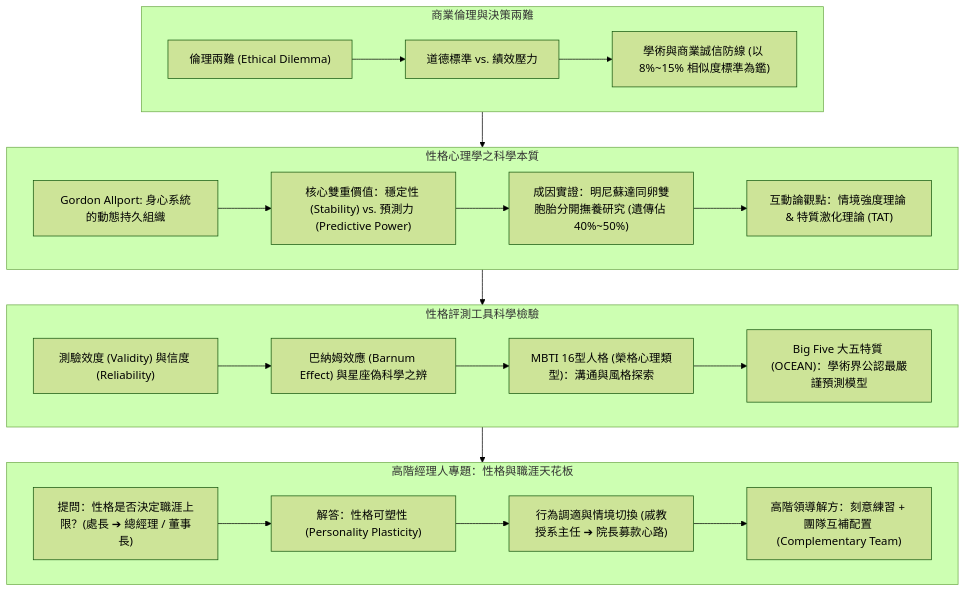
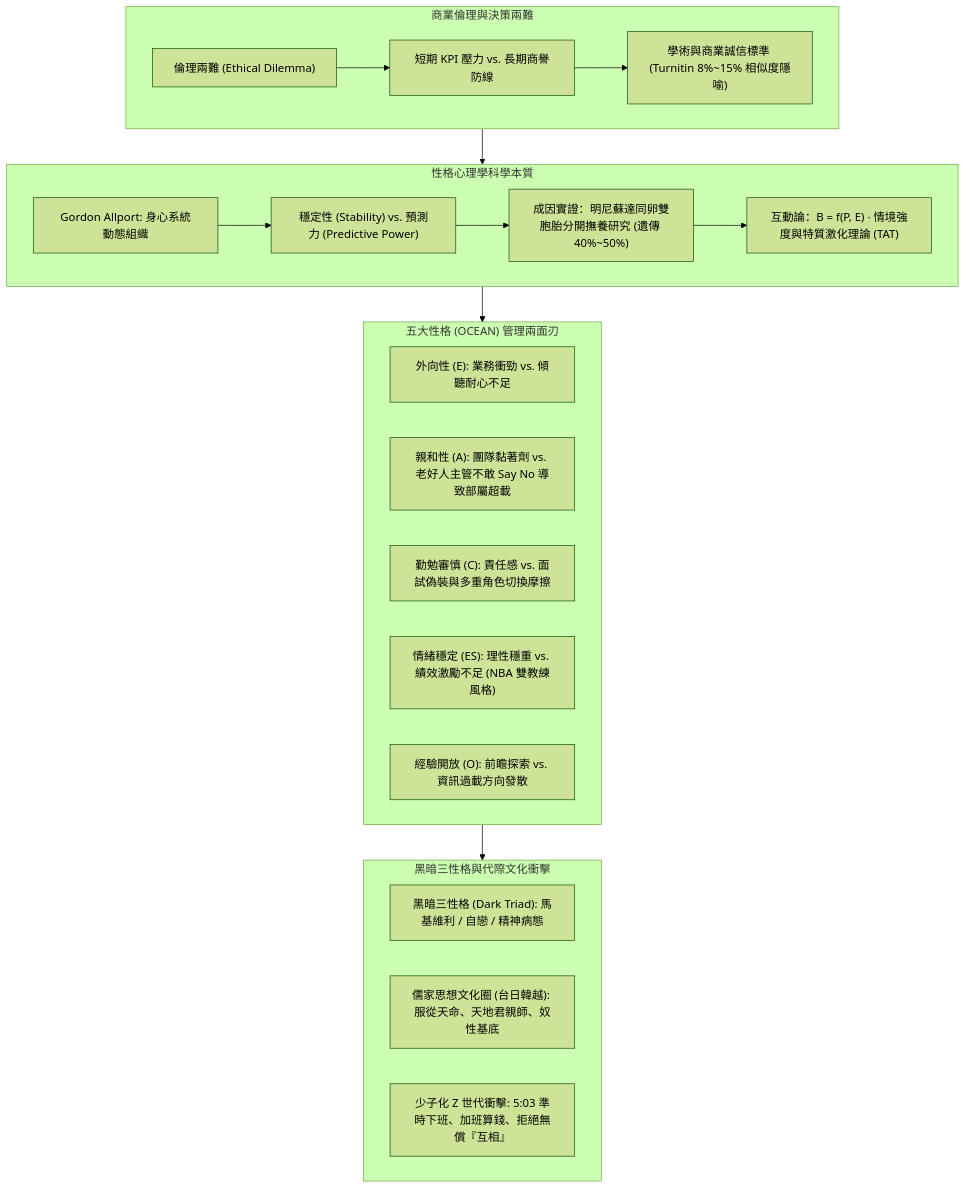
Before and after one commit to Jimlin0428/my-digital-garden: the diagram in src/site/notes/02_核心必修/03_組織行為/02_模組筆記/Module_1_個體行為與心理機制/M1-2_商業倫理決策與性格特質模型.md, drawn with Mermaid (forest theme). The commit also changed other lines of this file and 53 other files, not shown here.

````diff
--- a/src/site/notes/02_核心必修/03_組織行為/02_模組筆記/Module_1_個體行為與心理機制/M1-2_商業倫理決策與性格特質模型.md
+++ b/src/site/notes/02_核心必修/03_組織行為/02_模組筆記/Module_1_個體行為與心理機制/M1-2_商業倫理決策與性格特質模型.md
@@ -16,30 +18,31 @@
 ```mermaid
 flowchart TD
-    subgraph Ethics_Decision["商業倫理與決策兩難"]
-        E1["倫理兩難 (Ethical Dilemma)"] --> E2["道德標準 vs. 績效壓力"]
-        E2 --> E3["學術與商業誠信防線 (以 8%~15% 相似度標準為鑑)"]
-    end
+  subgraph Ethics_Layer["商業倫理與決策兩難"]
+    E1["倫理兩難 (Ethical Dilemma)"] --> E2["短期 KPI 壓力 vs. 長期商譽防線"]
+    E2 --> E3["學術與商業誠信標準 (Turnitin 8%~15% 相似度隱喻)"]
+  end
 
-    subgraph Personality_Core["性格心理學之科學本質"]
-        P1["Gordon Allport: 身心系統的動態持久組織"] --> P2["核心雙重價值：穩定性 (Stability) vs. 預測力 (Predictive Power)"]
-        P2 --> P3["成因實證：明尼蘇達同卵雙胞胎分開撫養研究 (遺傳佔 40%~50%)"]
-        P3 --> P4["互動論觀點：情境強度理論 & 特質激化理論 (TAT)"]
-    end
+  subgraph Personality_Core["性格心理學科學本質"]
+    P1["Gordon Allport: 身心系統動態組織"] --> P2["穩定性 (Stability) vs. 預測力 (Predictive Power)"]
+    P2 --> P3["成因實證：明尼蘇達同卵雙胞胎分開撫養研究 (遺傳 40%~50%)"]
+    P3 --> P4["互動論：B = f(P, E) · 情境強度與特質激化理論 (TAT)"]
+  end
 
-    subgraph Tools_Comparison["性格評測工具科學檢驗"]
-        T1["測驗效度 (Validity) 與信度 (Reliability)"] --> T2["巴納姆效應 (Barnum Effect) 與星座偽科學之辨"]
-        T2 --> T3["MBTI 16型人格 (榮格心理類型)：溝通與風格探索"]
-        T3 --> T4["Big Five 大五特質 (OCEAN)：學術界公認最嚴謹預測模型"]
-    end
+  subgraph BigFive_Deep["五大性格 (OCEAN) 管理兩面刃"]
+    B1["外向性 (E): 業務衝勁 vs. 傾聽耐心不足"]
+    B2["親和性 (A): 團隊黏著劑 vs. 老好人主管不敢 Say No 導致部屬超載"]
+    B3["勤勉審慎 (C): 責任感 vs. 面試偽裝與多重角色切換摩擦"]
+    B4["情緒穩定 (ES): 理性穩重 vs. 績效激勵不足 (NBA 雙教練風格)"]
+    B5["經驗開放 (O): 前瞻探索 vs. 資訊過載方向發散"]
+  end
 
-    subgraph Executive_Growth["高階經理人專題：性格與職涯天花板"]
-        EX1["提問：性格是否決定職涯上限？(處長 ➔ 總經理 / 董事長)"]
-        EX1 --> EX2["解答：性格可塑性 (Personality Plasticity)"]
-        EX2 --> EX3["行為調適與情境切換 (戚教授系主任 ➔ 院長募款心路)"]
-        EX3 --> EX4["高階領導解方：刻意練習 + 團隊互補配置 (Complementary Team)"]
-    end
+  subgraph Dark_and_Culture["黑暗三性格與代際文化衝擊"]
+    D1["黑暗三性格 (Dark Triad): 馬基維利 / 自戀 / 精神病態"]
+    D2["儒家思想文化圈 (台日韓越): 服從天命、天地君親師、奴性基底"]
+    D3["少子化 Z 世代衝擊: 5:03 準時下班、加班算錢、拒絕無償『互相』"]
+  end
 
-    Ethics_Decision --> Personality_Core
-    Personality_Core --> Tools_Comparison
-    Tools_Comparison --> Executive_Growth
+  Ethics_Layer --> Personality_Core
+  Personality_Core --> BigFive_Deep
+  BigFive_Deep --> Dark_and_Culture
 ```
````
